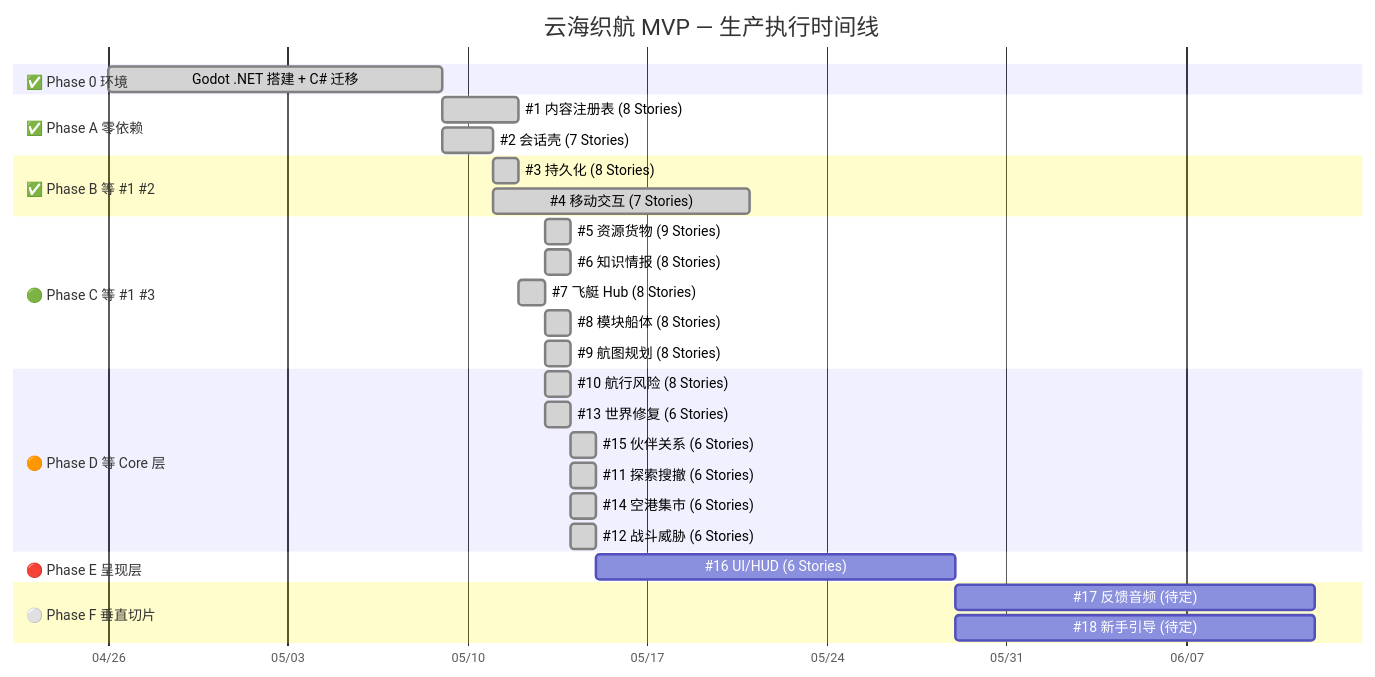
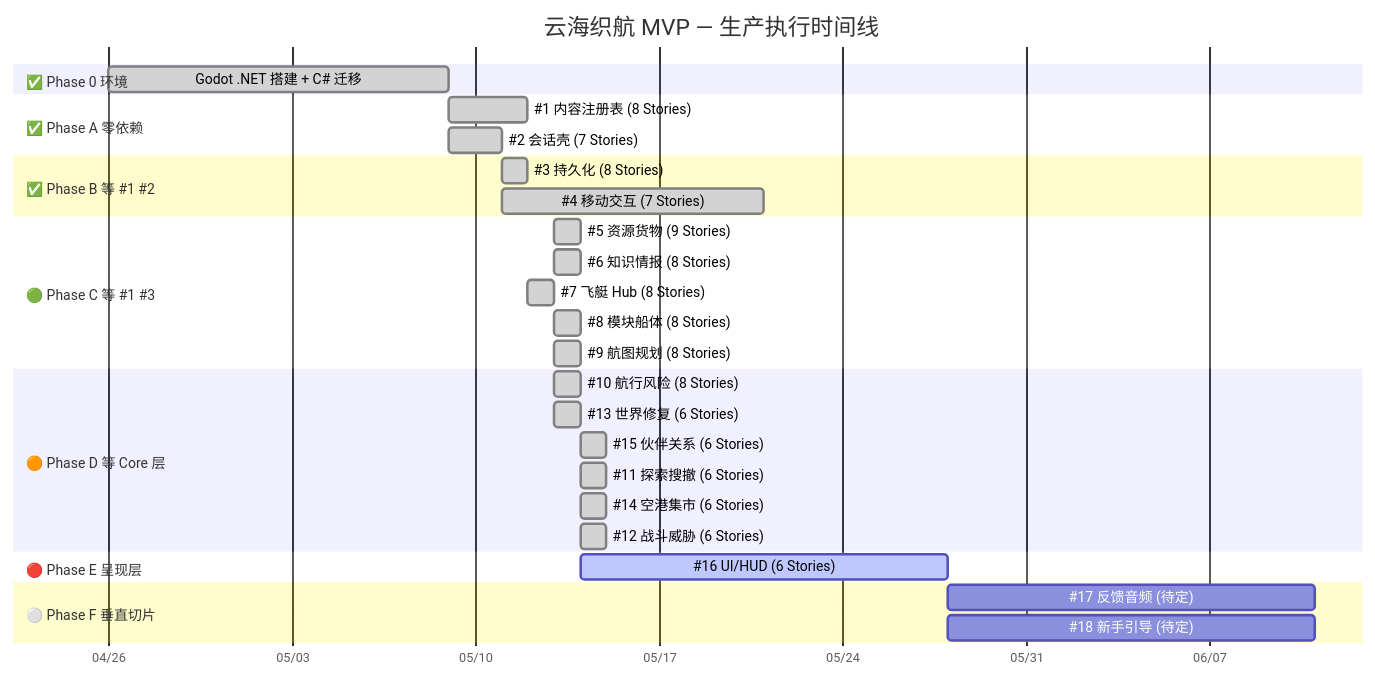
Before and after one commit to lieinsay/Claude-Code-Game-Studios: the first of 3 diagrams in docs/reference/production-flowchart.md, drawn with Mermaid. The commit also changed other lines of this file and 11 other files, not shown here.

````diff
--- a/docs/reference/production-flowchart.md
+++ b/docs/reference/production-flowchart.md
@@ -13,39 +13,39 @@
 ```mermaid
 gantt
     title 云海织航 MVP — 生产执行时间线
     dateFormat YYYY-MM-DD
     axisFormat %m/%d
 
     section ✅ Phase 0 环境
     Godot .NET 搭建 + C# 迁移   :done,    p0, 2026-04-26, 2026-05-09
 
     section ✅ Phase A 零依赖
     #1 内容注册表 (8 Stories)    :done,    p1a, 2026-05-09, 2026-05-12
     #2 会话壳     (7 Stories)    :done,    p1b, 2026-05-09, 2026-05-11
 
     section ✅ Phase B 等 #1 #2
     #3 持久化     (8 Stories)    :done,    p2a, 2026-05-11, 2026-05-12
     #4 移动交互   (7 Stories)    :done,    p2b, after p1b, 10d
 
     section 🟢 Phase C 等 #1 #3
     #5 资源货物   (9 Stories)    :done,    p3a, 2026-05-13, 1d
     #6 知识情报   (8 Stories)    :done,    p3b, 2026-05-13, 1d
     #7 飞艇 Hub   (8 Stories)    :done,    p3c, 2026-05-12, 1d
     #8 模块船体   (8 Stories)    :done,    p3d, 2026-05-13, 1d
     #9 航图规划   (8 Stories)    :done,    p3e, 2026-05-13, 1d
 
     section 🟠 Phase D 等 Core 层
     #10 航行风险  (8 Stories)    :done,    p4a, 2026-05-13, 1d
     #13 世界修复  (6 Stories)    :done,    p4b, 2026-05-13, 1d
     #15 伙伴关系  (6 Stories)    :done,    p4c, 2026-05-14, 1d
     #11 探索搜撤  (6 Stories)    :done,    p4d, 2026-05-14, 1d
     #14 空港集市  (6 Stories)    :done,    p4e, 2026-05-14, 1d
     #12 战斗威胁  (6 Stories)    :done,    p4f, 2026-05-14, 1d
 
     section 🔴 Phase E 呈现层
-    #16 UI/HUD    (6 Stories)    :         p5a, after p4d, 14d
+    #16 UI/HUD    (6 Stories)    :active,  p5a, 2026-05-14, 14d
 
     section ⚪ Phase F 垂直切片
     #17 反馈音频  (待定)         :         p6a, after p5a, 14d
     #18 新手引导  (待定)         :         p6b, after p5a, 14d
 ```
````
